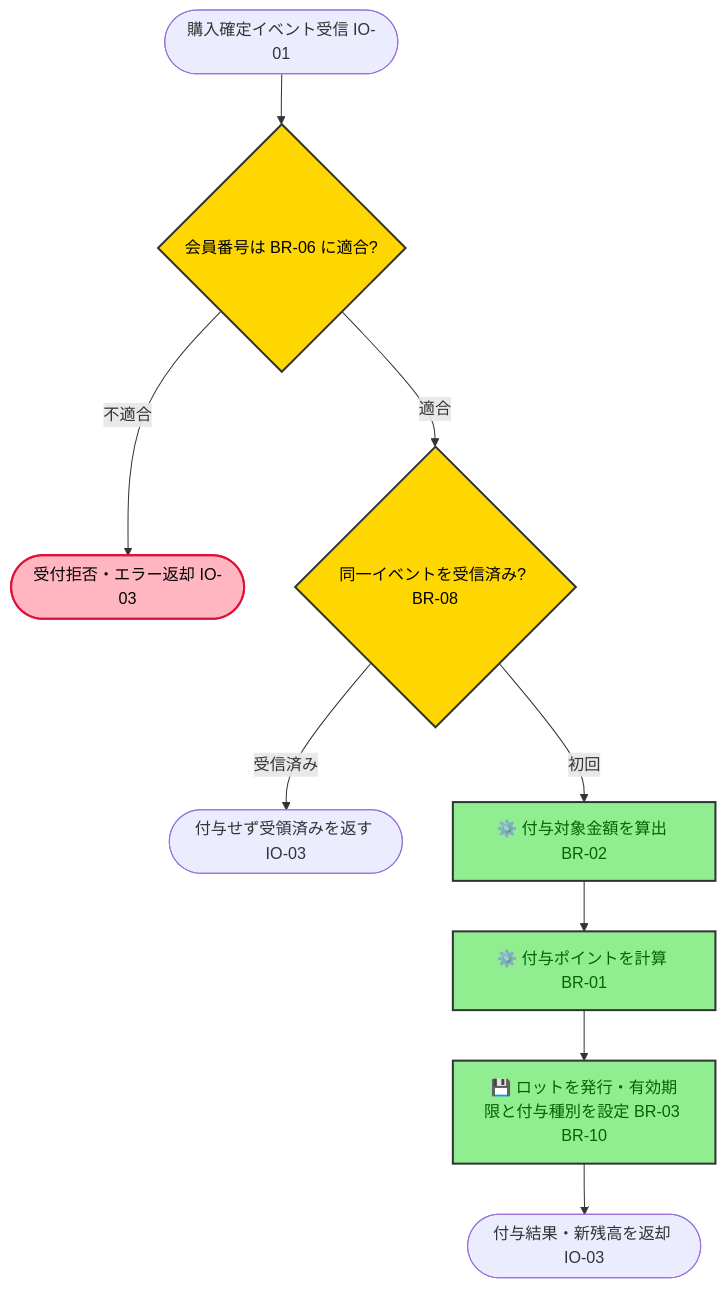
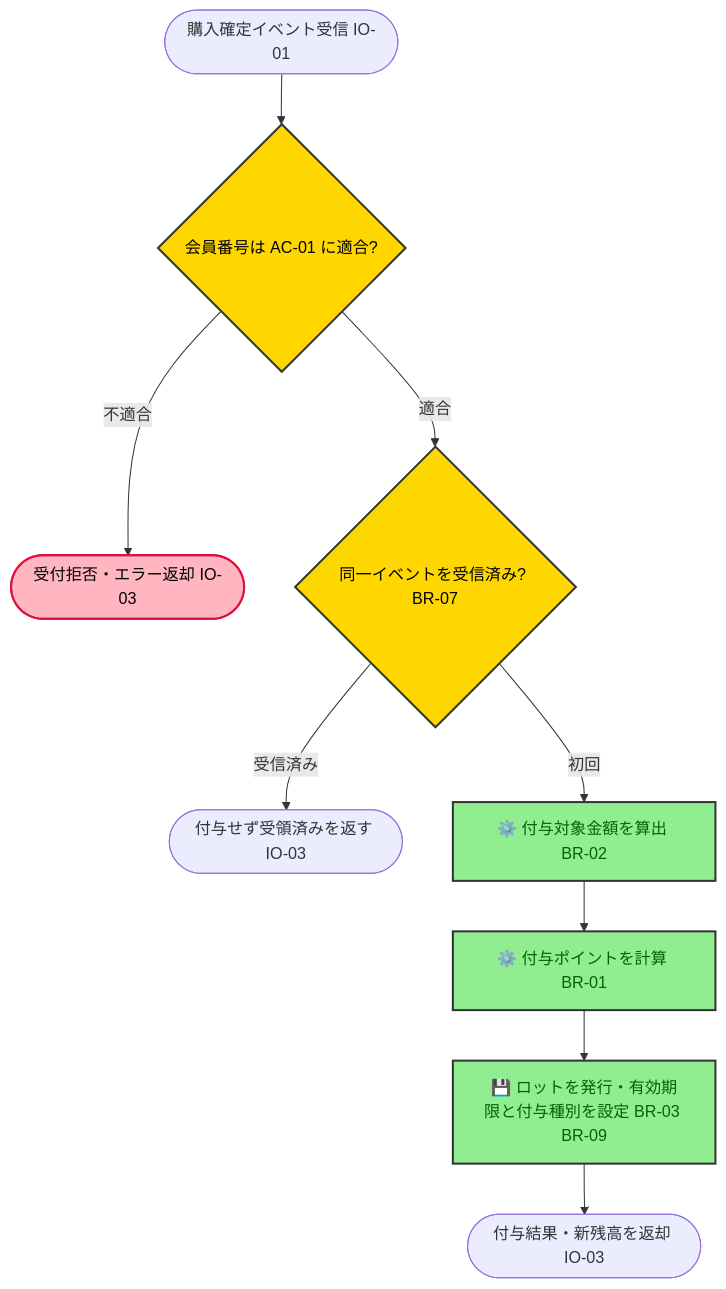
One commit to kasiopeiya/claude-dev-template changed the fifth of 9 diagrams in .claude/skills/elicit-requirements/sample-requirements.md. Above: the diagram before and after it, drawn with Mermaid. The commit also changed other lines of this file and 4 other files, not shown here.

````diff
--- a/.claude/skills/elicit-requirements/sample-requirements.md
+++ b/.claude/skills/elicit-requirements/sample-requirements.md
@@ -349,18 +359,18 @@
 ```mermaid
 flowchart TD
-    start([購入確定イベント受信 IO-01]) --> valid{会員番号は BR-06 に適合?}
+    start([購入確定イベント受信 IO-01]) --> valid{会員番号は AC-01 に適合?}
     valid -->|不適合| reject([受付拒否・エラー返却 IO-03])
-    valid -->|適合| dup{同一イベントを受信済み? BR-08}
+    valid -->|適合| dup{同一イベントを受信済み? BR-07}
     dup -->|受信済み| ack([付与せず受領済みを返す IO-03])
     dup -->|初回| target[⚙️ 付与対象金額を算出 BR-02]
     target --> calc[⚙️ 付与ポイントを計算 BR-01]
-    calc --> lot[💾 ロットを発行・有効期限と付与種別を設定 BR-03 BR-10]
+    calc --> lot[💾 ロットを発行・有効期限と付与種別を設定 BR-03 BR-09]
     lot --> resp([付与結果・新残高を返却 IO-03])
 
     classDef step fill:#90EE90,stroke:#333,stroke-width:2px,color:darkgreen
     classDef decision fill:#FFD700,stroke:#333,stroke-width:2px,color:black
     classDef error fill:#FFB6C1,stroke:#DC143C,stroke-width:2px,color:black
     class target,calc,lot step
     class valid,dup decision
     class reject error
 ```
````
